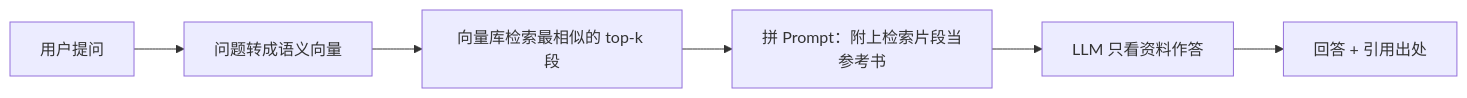
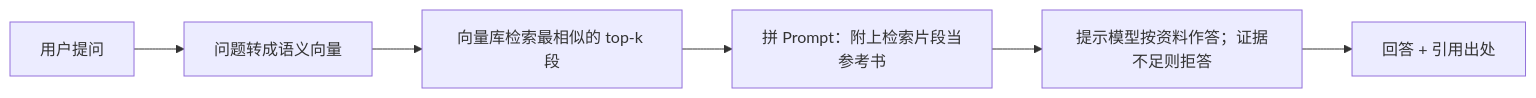
The second of 3 diagrams in docs/07-阶段七-全栈融合与项目实战/04-项目三-AI应用平台.md (CrazyForks/java-full-stack), drawn with Mermaid before and after one commit. The commit also changed other lines of this file and 58 other files, not shown here.

````diff
--- a/docs/07-阶段七-全栈融合与项目实战/04-项目三-AI应用平台.md
+++ b/docs/07-阶段七-全栈融合与项目实战/04-项目三-AI应用平台.md
@@ -125,8 +125,8 @@
 ```mermaid
 flowchart LR
     A["用户提问"] --> B["问题转成语义向量"]
     B --> C["向量库检索最相似的 top-k 段"]
     C --> D["拼 Prompt：附上检索片段当参考书"]
-    D --> E["LLM 只看资料作答"]
+    D --> E["提示模型按资料作答；证据不足则拒答"]
     E --> F["回答 + 引用出处"]
 ```
````
